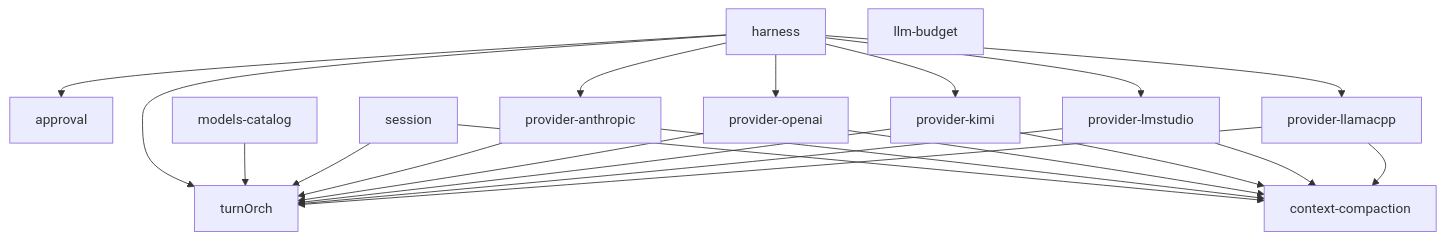
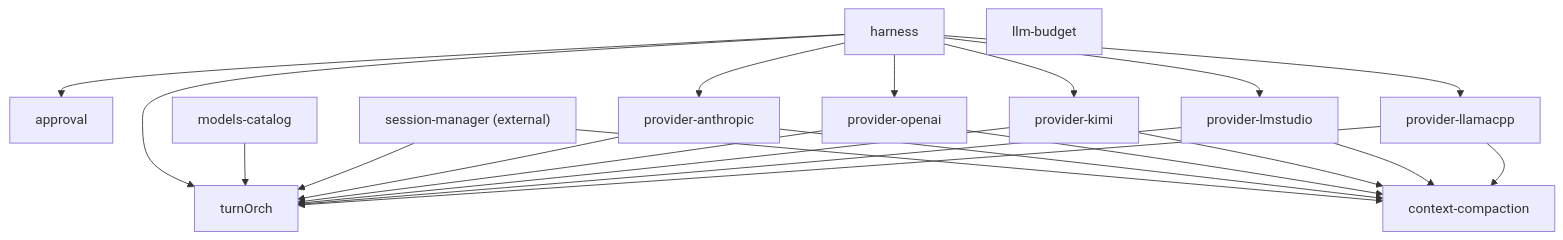
One commit to iii-hq/workers changed the fourth of 5 diagrams in harness/docs/architecture.md. Above: the diagram before and after it, drawn with Mermaid. The commit also changed other lines of this file and 91 other files, not shown here.

Commit message:
feat: harness with session manager

````diff
--- a/harness/docs/architecture.md
+++ b/harness/docs/architecture.md
@@ -281,24 +292,24 @@
 ```mermaid
 flowchart TD
   harness --> turnOrch
   harness --> approval
   models[models-catalog] --> turnOrch
-  session --> turnOrch
+  sessionMgr["session-manager (external)"] --> turnOrch
   harness --> provAnth[provider-anthropic]
   harness --> provOAI[provider-openai]
   harness --> provKimi[provider-kimi]
   harness --> provLms[provider-lmstudio]
   harness --> provLlama[provider-llamacpp]
   provAnth --> turnOrch
   provOAI --> turnOrch
   provKimi --> turnOrch
   provLms --> turnOrch
   provLlama --> turnOrch
-  session --> compact[context-compaction]
+  sessionMgr --> compact[context-compaction]
   provAnth --> compact
   provOAI --> compact
   provKimi --> compact
   provLms --> compact
   provLlama --> compact
   budget[llm-budget]
 ```
````
